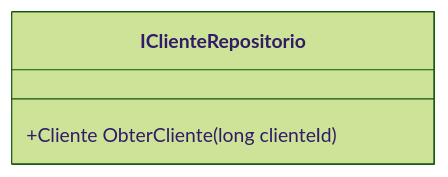
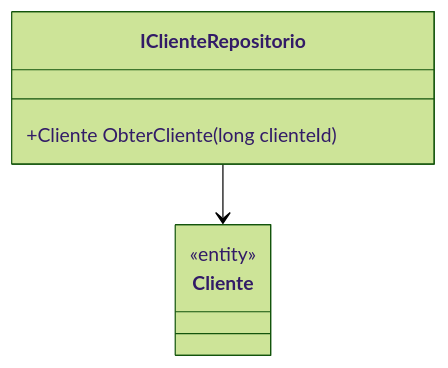
The diagram in docs/b2b-dominio/IsthmusWinthor.Nucleo/IsthmusWinthor.Dominio/Interfaces/IClienteRepositorio.md (IsthmusSistemas/documentacao-tecnica), drawn with Mermaid (forest theme) before and after one commit. The commit also changed other lines of this file and 882 other files, not shown here.

````diff
--- a/docs/b2b-dominio/IsthmusWinthor.Nucleo/IsthmusWinthor.Dominio/Interfaces/IClienteRepositorio.md
+++ b/docs/b2b-dominio/IsthmusWinthor.Nucleo/IsthmusWinthor.Dominio/Interfaces/IClienteRepositorio.md
@@ -27,6 +23,11 @@
 ```mermaid
 classDiagram
     class IClienteRepositorio {
         +Cliente ObterCliente(long clienteId)
     }
-```
+    class Cliente {
+        <<entity>>
+    }
+
+    IClienteRepositorio --> Cliente
+``` 
````
